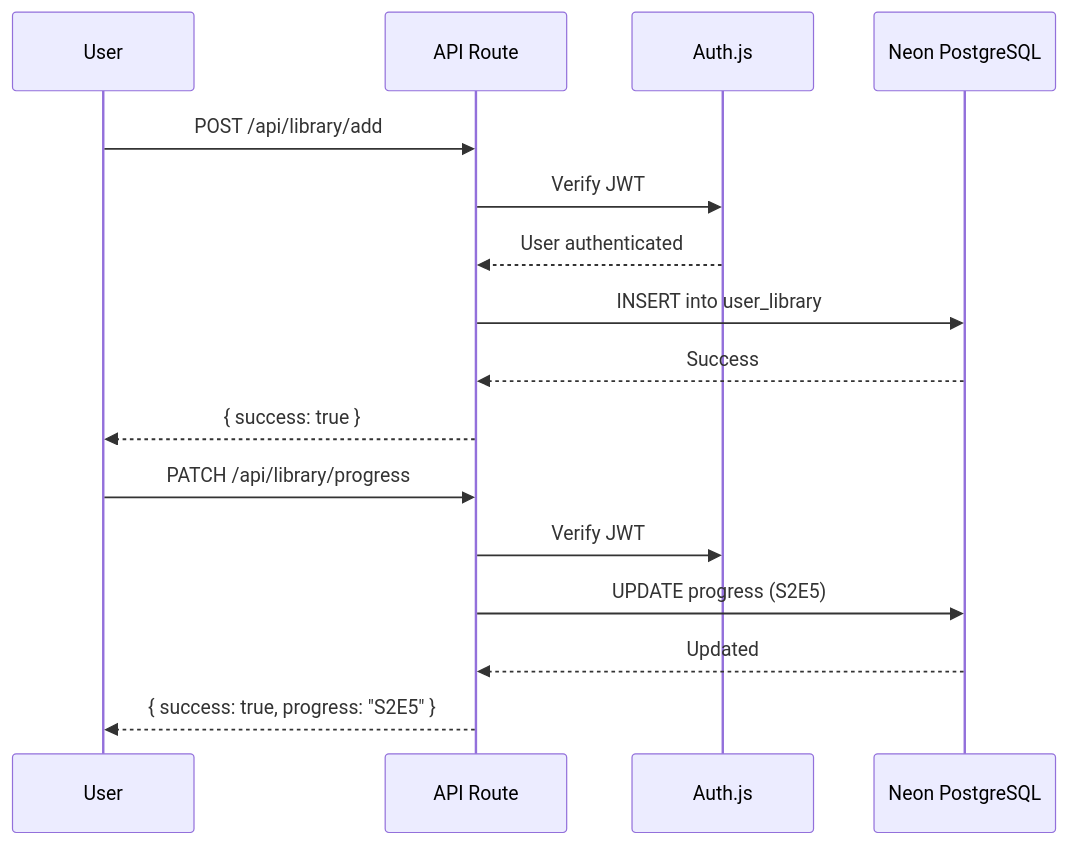
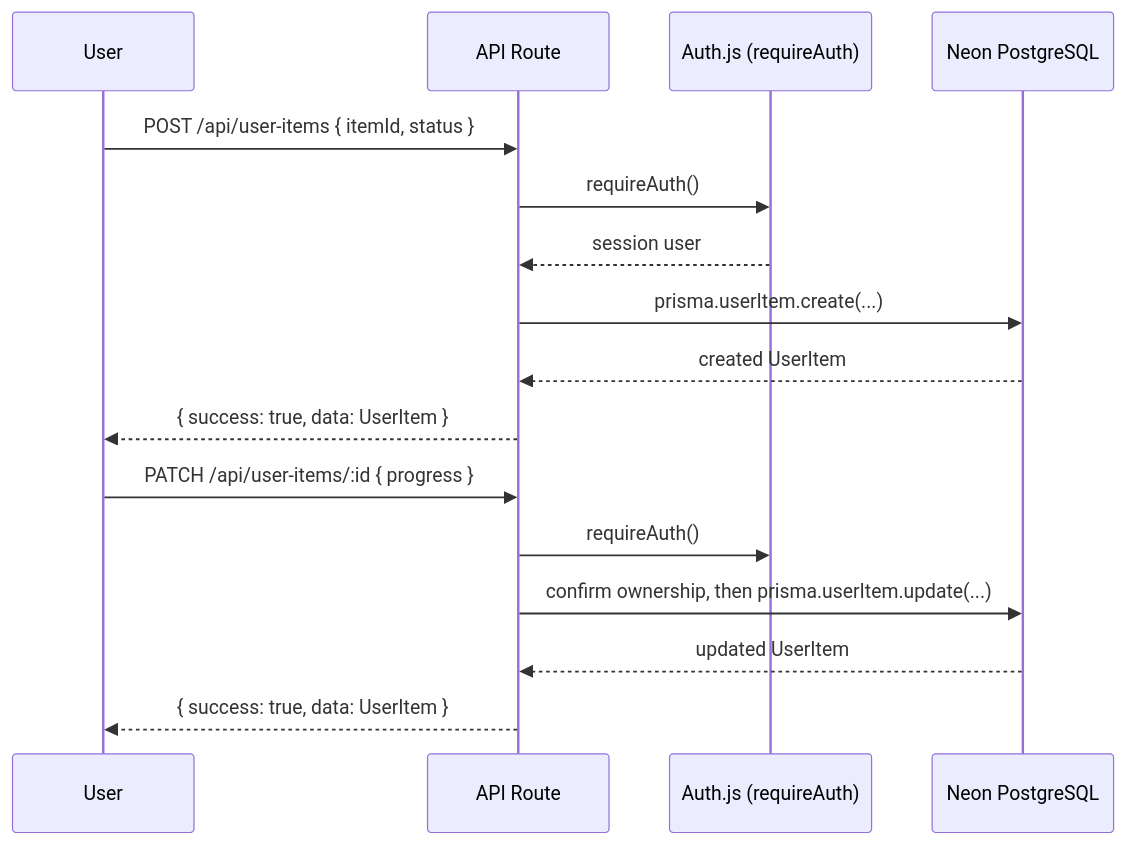
The third of 3 diagrams in docs/architecture.md (Efecancngz/nextrack), drawn with Mermaid before and after one commit. The commit also changed other lines of this file, not shown here.

Commit message:
docs: rewrite architecture.md to describe the real implemented architecture

````diff
--- a/docs/architecture.md
+++ b/docs/architecture.md
@@ -87,20 +80,20 @@
 ```mermaid
 sequenceDiagram
     participant User
     participant API as API Route
-    participant Auth as Auth.js
+    participant Auth as Auth.js (requireAuth)
     participant DB as Neon PostgreSQL
 
-    User->>API: POST /api/library/add
-    API->>Auth: Verify JWT
-    Auth-->>API: User authenticated
-    API->>DB: INSERT into user_library
-    DB-->>API: Success
-    API-->>User: { success: true }
+    User->>API: POST /api/user-items { itemId, status }
+    API->>Auth: requireAuth()
+    Auth-->>API: session user
+    API->>DB: prisma.userItem.create(...)
+    DB-->>API: created UserItem
+    API-->>User: { success: true, data: UserItem }
 
-    User->>API: PATCH /api/library/progress
-    API->>Auth: Verify JWT
-    API->>DB: UPDATE progress (S2E5)
-    DB-->>API: Updated
-    API-->>User: { success: true, progress: "S2E5" }
+    User->>API: PATCH /api/user-items/:id { progress }
+    API->>Auth: requireAuth()
+    API->>DB: confirm ownership, then prisma.userItem.update(...)
+    DB-->>API: updated UserItem
+    API-->>User: { success: true, data: UserItem }
 ```
````
